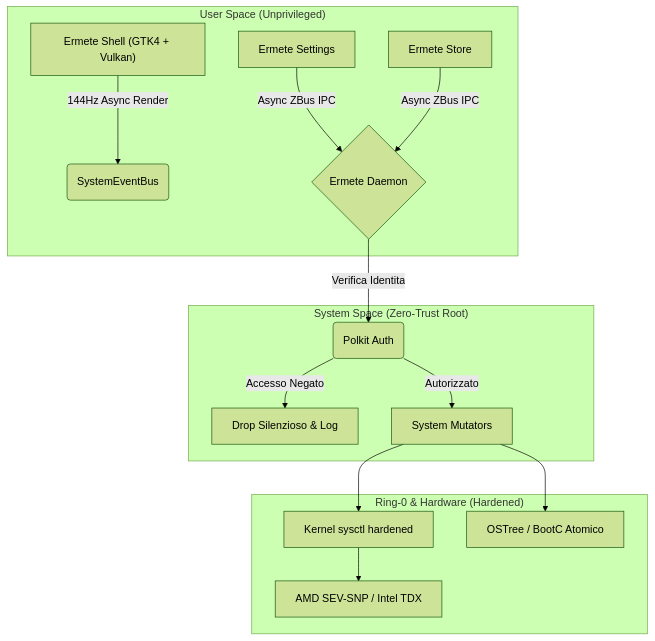
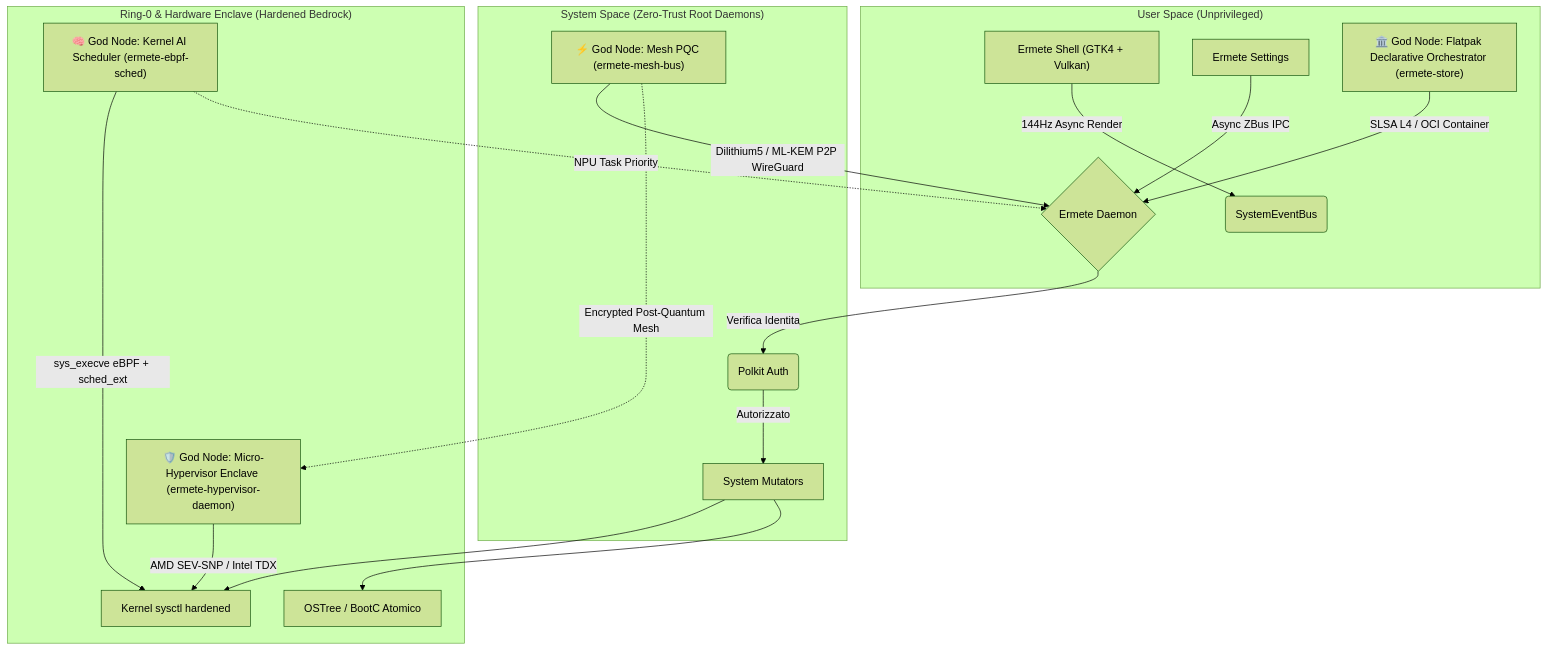
Before and after one commit to hr-mes/ermete-os: the diagram in README.md, drawn with Mermaid (forest theme). The commit also changed other lines of this file and 3 other files, not shown here.

Commit message:
docs: Update ecosystem topology and architecture documentation with the 4 God Nodes

````diff
--- a/README.md
+++ b/README.md
@@ -50,20 +54,24 @@
 ```mermaid
 graph TD
     subgraph User_Space ["User Space (Unprivileged)"]
         A["Ermete Shell (GTK4 + Vulkan)"] -->|144Hz Async Render| B("SystemEventBus")
-        C["Ermete Settings"] -->|Async ZBus IPC| D
-        E["Ermete Store"] -->|Async ZBus IPC| D
+        C["Ermete Settings"] -->|Async ZBus IPC| D{"Ermete Daemon"}
+        GOD4["🏛️ God Node: Flatpak Declarative Orchestrator (ermete-store)"] -->|SLSA L4 / OCI Container| D
     end
 
-    subgraph System_Space ["System Space (Zero-Trust Root)"]
-        D{"Ermete Daemon"} -->|Verifica Identita| F("Polkit Auth")
-        F -->|Accesso Negato| G["Drop Silenzioso & Log"]
+    subgraph System_Space ["System Space (Zero-Trust Root Daemons)"]
+        D -->|Verifica Identita| F("Polkit Auth")
         F -->|Autorizzato| H["System Mutators"]
+        GOD3["⚡ God Node: Mesh PQC (ermete-mesh-bus)"] -->|Dilithium5 / ML-KEM P2P WireGuard| D
     end
 
-    subgraph Ring_0 ["Ring-0 & Hardware (Hardened)"]
+    subgraph Ring_0_Hardware ["Ring-0 & Hardware Enclave (Hardened Bedrock)"]
         H --> I["Kernel sysctl hardened"]
         H --> J["OSTree / BootC Atomico"]
-        I --> K["AMD SEV-SNP / Intel TDX"]
+        GOD1["🧠 God Node: Kernel AI Scheduler (ermete-ebpf-sched)"] -->|sys_execve eBPF + sched_ext| I
+        GOD2["🛡️ God Node: Micro-Hypervisor Enclave (ermete-hypervisor-daemon)"] -->|AMD SEV-SNP / Intel TDX| I
     end
+
+    GOD1 -.->|NPU Task Priority| D
+    GOD3 -.->|Encrypted Post-Quantum Mesh| GOD2
 ```
````
